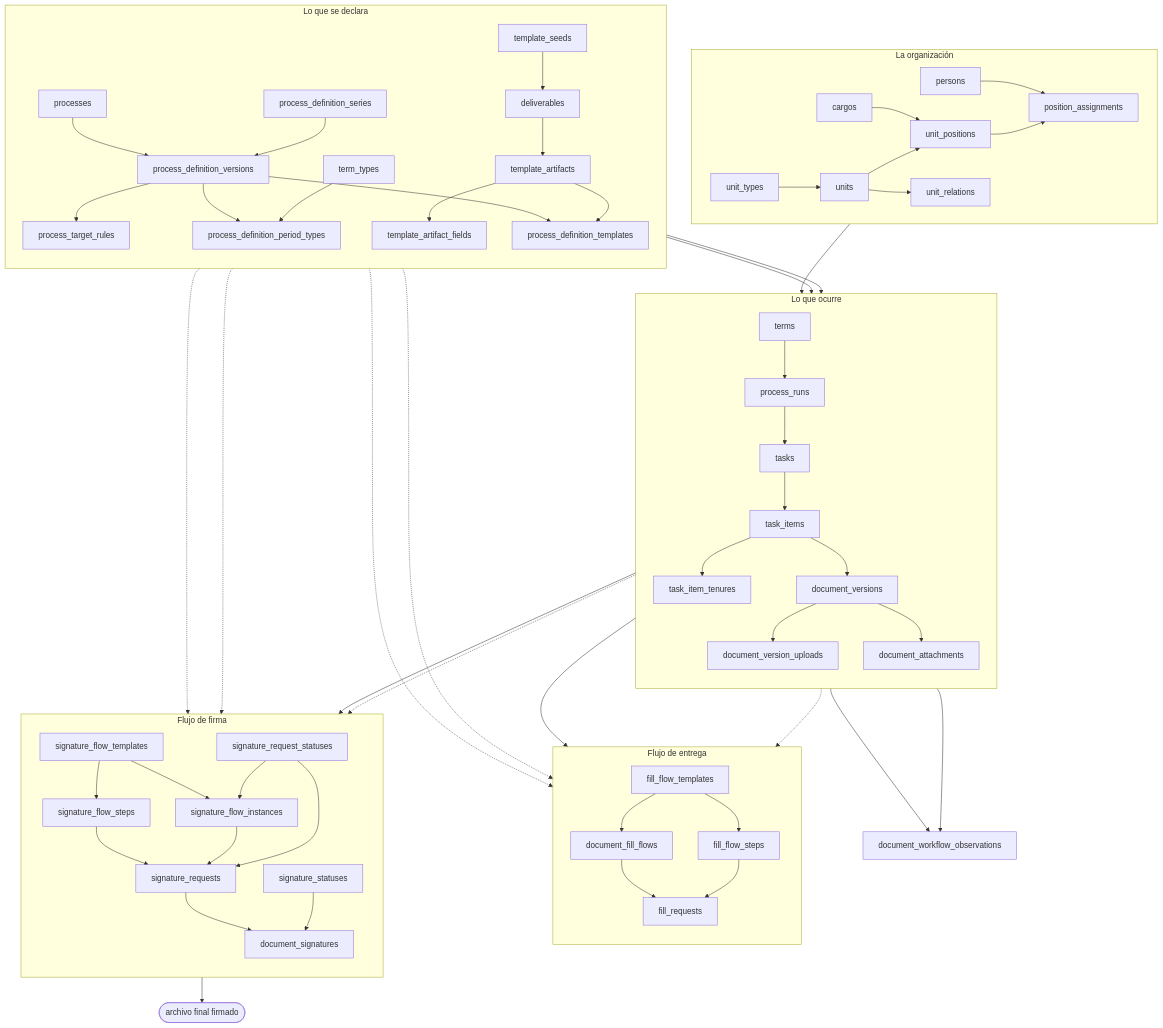
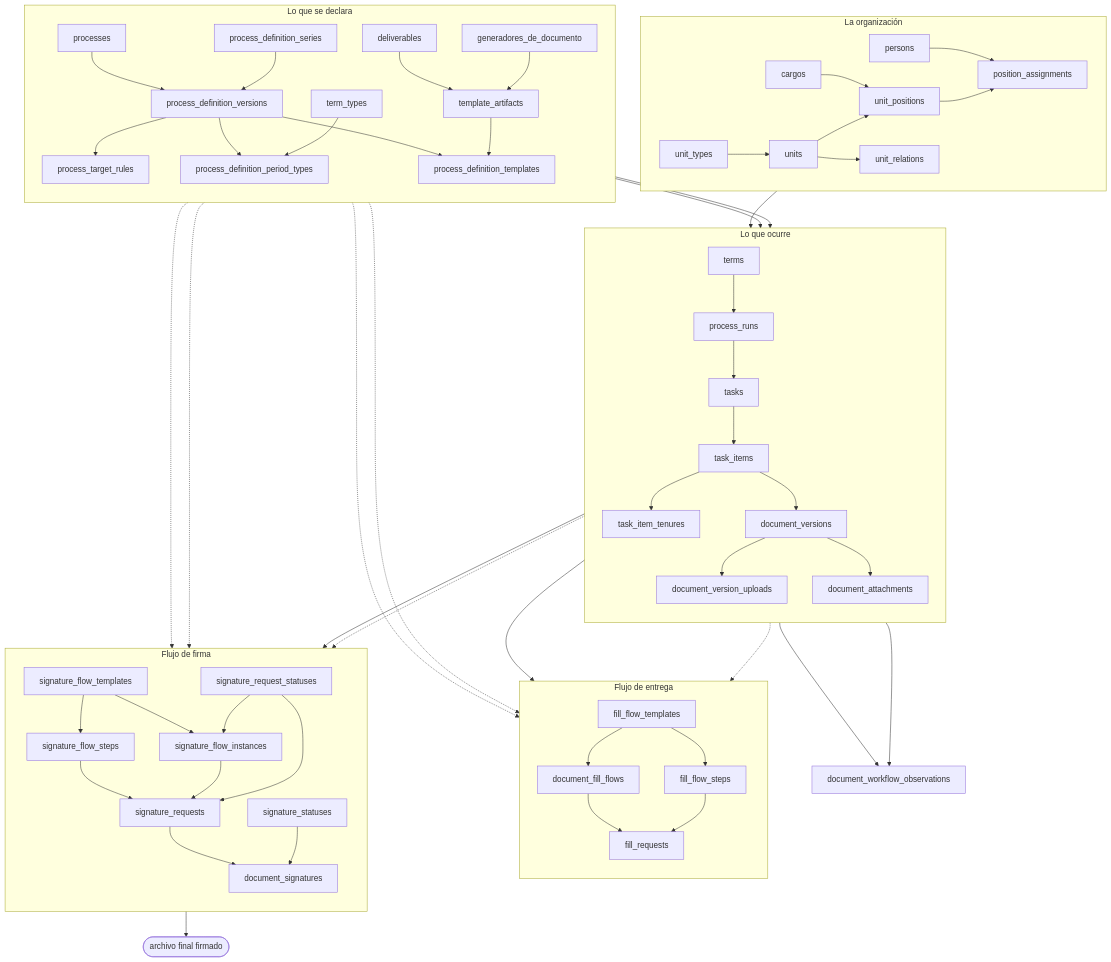
The diagram in docs/src/content/docs/modelo/mapa-completo.md (fresvel/deasy), drawn with Mermaid before and after one commit. The commit also changed 63 other files, not shown here.

````diff
--- a/docs/src/content/docs/modelo/mapa-completo.md
+++ b/docs/src/content/docs/modelo/mapa-completo.md
@@ -22,72 +22,71 @@
 ```mermaid
 flowchart TB
   subgraph ORG["La organización"]
     direction LR
     UT["unit_types"] --> U["units"]
     U --> UP["unit_positions"]
     C["cargos"] --> UP
     UP --> PA["position_assignments"]
     P["persons"] --> PA
     U --> UR["unit_relations"]
   end
 
   subgraph DECL["Lo que se declara"]
     direction TB
     PR["processes"] --> PDV["process_definition_versions"]
     SER["process_definition_series"] --> PDV
     PDV --> PTR["process_target_rules"]
     PDV --> PDPT["process_definition_period_types"]
     TT["term_types"] --> PDPT
-    SEED["template_seeds"] --> DEL["deliverables"]
-    DEL --> TA["template_artifacts"]
-    TA --> TAF["template_artifact_fields"]
+    DEL["deliverables"] --> TA["template_artifacts"]
+    GEN["generadores_de_documento"] --> TA
     PDV --> PDT["process_definition_templates"]
     TA --> PDT
   end
 
   subgraph EJEC["Lo que ocurre"]
     direction TB
     PDV --> RUN["process_runs"]
     TERM["terms"] --> RUN
     RUN --> T["tasks"]
     T --> TI["task_items"]
     PDT --> TI
     UP --> TI
     TI --> TEN["task_item_tenures"]
     TI --> DV["document_versions"]
     DV --> DVU["document_version_uploads"]
     DV --> DA["document_attachments"]
   end
 
   subgraph ENT["Flujo de entrega"]
     direction TB
     FFT["fill_flow_templates"] --> FFS["fill_flow_steps"]
     FFT --> DFF["document_fill_flows"]
     DFF --> FR["fill_requests"]
     FFS --> FR
   end
 
   subgraph FIR["Flujo de firma"]
     direction TB
     SFT["signature_flow_templates"] --> SFS["signature_flow_steps"]
     SFT --> SFI["signature_flow_instances"]
     SFI --> SR["signature_requests"]
     SFS --> SR
     SR --> DS["document_signatures"]
     SRS["signature_request_statuses"] --> SFI
     SRS --> SR
     SS["signature_statuses"] --> DS
   end
 
   TA -.-> FFT
   PDT -.-> FFT
   TI -.-> FFT
   TA -.-> SFT
   PDT -.-> SFT
   TI -.-> SFT
   DV --> DFF
   DV --> SFI
   DS --> FIN(["archivo final firmado"])
   TI --> OBS["document_workflow_observations"]
   DV --> OBS
 ```
````
